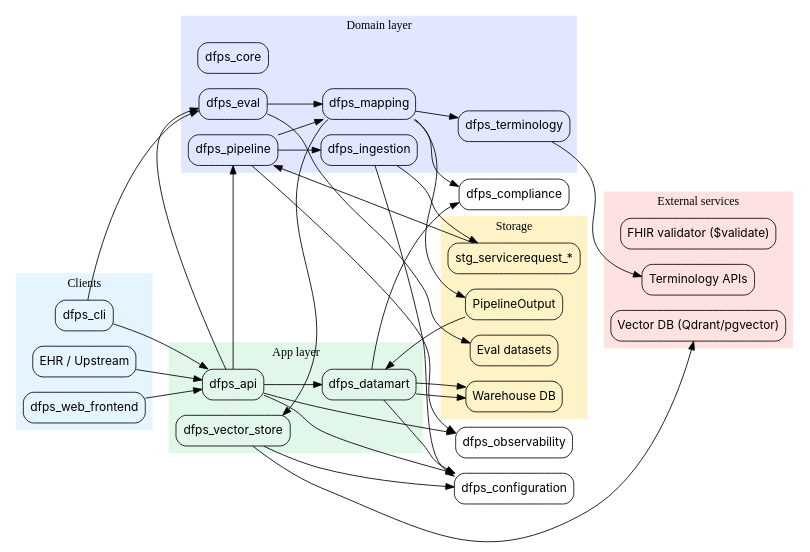
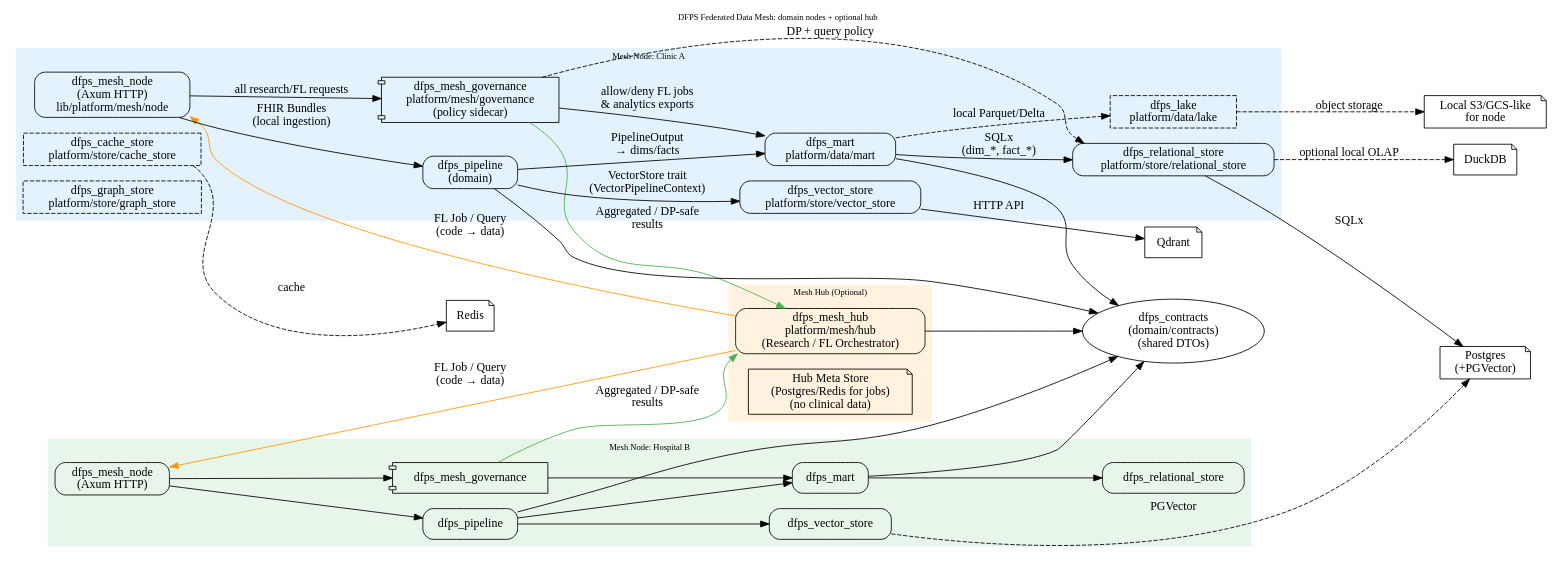
One commit to RefractiveSwan/monobase changed the diagram in docs/system-design/base/current-architecture.dot. Above: the diagram before and after it, drawn with Graphviz. The commit also changed 3 other files, not shown here.

Commit message:
updated the codebase refactor kanban and mesh pipeline kanban

```diff
--- a/docs/system-design/base/current-architecture.dot
+++ b/docs/system-design/base/current-architecture.dot
@@ -1,105 +1,101 @@
-digraph DFPS {
-  rankdir=LR;
-  node [shape=box, style=rounded, fontname="Inter"];
+digraph DFPS_Mesh {
+    rankdir=LR;
+    fontsize=10;
+    labelloc="t";
+    label="DFPS Federated Data Mesh: domain nodes + optional hub";
 
-  subgraph cluster_clients {
-    label="Clients";
-    style=filled;
-    color="#e5f5ff";
-    EHR   [label="EHR / Upstream"];
-    CLI   [label="dfps_cli"];
-    WEB   [label="dfps_web_frontend"];
-  }
+    node [shape=box, style=rounded];
 
-  subgraph cluster_app {
-    label="App layer";
-    style=filled;
-    color="#e0f7e9";
-    API   [label="dfps_api"];
-    DM    [label="dfps_datamart"];
-    VEC   [label="dfps_vector_store"];
-  }
+    // Mesh Hub (optional)
+    subgraph cluster_hub {
+        label="Mesh Hub (Optional)";
+        style=filled;
+        color="#fff3e0";
 
-  subgraph cluster_domain {
-    label="Domain layer";
-    style=filled;
-    color="#e0e7ff";
-    ING   [label="dfps_ingestion"];
-    CORE  [label="dfps_core"];
-    MAP   [label="dfps_mapping"];
-    PIPE  [label="dfps_pipeline"];
-    EVAL  [label="dfps_eval"];
-    TERM  [label="dfps_terminology"];
-  }
+        hub_api   [label="dfps_mesh_hub\nplatform/mesh/hub\n(Research / FL Orchestrator)"];
+        hub_store [label="Hub Meta Store\n(Postgres/Redis for jobs)\n(no clinical data)", shape=note];
+    }
 
-  subgraph cluster_platform {
-    label="Platform";
-    style=dashed;
-    color="#f9a8d4";
-    CFG   [label="dfps_configuration"];
-    COMP  [label="dfps_compliance"];
-    OBS   [label="dfps_observability"];
-  }
+    // Node 1
+    subgraph cluster_node1 {
+        label="Mesh Node: Clinic A";
+        style=filled;
+        color="#e3f2fd";
 
-  subgraph cluster_storage {
-    label="Storage";
-    style=filled;
-    color="#fef3c7";
-    STG   [label="stg_servicerequest_*"];
-    PO    [label="PipelineOutput"];
-    WH    [label="Warehouse DB"];
-    DS    [label="Eval datasets"];
-  }
+        node1_api    [label="dfps_mesh_node\n(Axum HTTP)\nlib/platform/mesh/node"];
+        node1_gov    [label="dfps_mesh_governance\nplatform/mesh/governance\n(policy sidecar)", shape=component];
 
-  subgraph cluster_external {
-    label="External services";
-    style=filled;
-    color="#fee2e2";
-    FHIRV [label="FHIR validator ($validate)"];
-    VDB   [label="Vector DB (Qdrant/pgvector)"];
-    TAPI  [label="Terminology APIs"];
-  }
+        node1_pipeline [label="dfps_pipeline\n(domain)"];
+        node1_mart     [label="dfps_mart\nplatform/data/mart"];
+        node1_rel      [label="dfps_relational_store\nplatform/store/relational_store"];
+        node1_vec      [label="dfps_vector_store\nplatform/store/vector_store"];
+        node1_cache    [label="dfps_cache_store\nplatform/store/cache_store", style=dashed];
+        node1_graph    [label="dfps_graph_store\nplatform/store/graph_store", style=dashed];
+        node1_lake     [label="dfps_lake\nplatform/data/lake", style=dashed];
 
-  // Main path
-  EHR  -> API;
-  WEB  -> API;
-  CLI  -> API;
+        node1_api -> node1_gov    [label="all research/FL requests"];
+        node1_api -> node1_pipeline [label="FHIR Bundles\n(local ingestion)"];
+        node1_pipeline -> node1_mart [label="PipelineOutput\n→ dims/facts"];
+        node1_mart -> node1_rel     [label="SQLx\n(dim_*, fact_*)"];
 
-  API  -> PIPE;
-  PIPE -> ING;
-  ING  -> STG;
-  STG  -> PIPE;
-  PIPE -> MAP;
-  MAP  -> PO;
-  PO   -> DM;
-  DM   -> WH;
+        node1_pipeline -> node1_vec [label="VectorStore trait\n(VectorPipelineContext)"];
+        node1_mart -> node1_lake    [label="local Parquet/Delta", style=dashed];
 
-  // Vector path
-  MAP  -> VEC;
-  VEC  -> VDB;
+        node1_gov -> node1_mart     [label="allow/deny FL jobs\n& analytics exports"];
+        node1_gov -> node1_rel      [label="DP + query policy", style=dashed];
+    }
 
-  // Terminology
-  MAP  -> TERM;
-  TERM -> TAPI;
+    // Node 2 (another domain)
+    subgraph cluster_node2 {
+        label="Mesh Node: Hospital B";
+        style=filled;
+        color="#e8f5e9";
 
-  // Eval
-  CLI  -> EVAL;
-  EVAL -> DS;
-  EVAL -> MAP;
+        node2_api    [label="dfps_mesh_node\n(Axum HTTP)"];
+        node2_gov    [label="dfps_mesh_governance", shape=component];
 
-  // Analytics
-  API  -> DM;
-  DM   -> WH;
-  API  -> EVAL;
+        node2_pipeline [label="dfps_pipeline"];
+        node2_mart     [label="dfps_mart"];
+        node2_rel      [label="dfps_relational_store"];
+        node2_vec      [label="dfps_vector_store"];
 
-  // Cross-cutting
-  {rank=same; CFG; COMP; OBS}
-  API  -> CFG;
-  DM   -> CFG;
-  VEC  -> CFG;
-  ING  -> CFG;
-  MAP  -> COMP;
-  DM   -> COMP;
-  PIPE -> OBS;
-  API  -> OBS;
+        node2_api -> node2_gov;
+        node2_api -> node2_pipeline;
+        node2_pipeline -> node2_mart;
+        node2_mart -> node2_rel;
+        node2_pipeline -> node2_vec;
+        node2_gov -> node2_mart;
+    }
+
+    // Contracts and domain shared types
+    contracts [label="dfps_contracts\n(domain/contracts)\n(shared DTOs)", shape=ellipse];
+
+    node1_pipeline -> contracts;
+    node2_pipeline -> contracts;
+    node1_mart     -> contracts;
+    node2_mart     -> contracts;
+    hub_api        -> contracts;
+
+    // Hub -> Nodes: send FL jobs (code) to nodes
+    hub_api -> node1_api [label="FL Job / Query\n(code → data)", color="#ff9800"];
+    hub_api -> node2_api [label="FL Job / Query\n(code → data)", color="#ff9800"];
+
+    // Nodes -> Hub: send only aggregates
+    node1_gov -> hub_api [label="Aggregated / DP-safe\nresults", color="#4caf50"];
+    node2_gov -> hub_api [label="Aggregated / DP-safe\nresults", color="#4caf50"];
+
+    // External engines per node (not shown exhaustively)
+    qdrant   [label="Qdrant", shape=note];
+    pg       [label="Postgres\n(+PGVector)", shape=note];
+    duckdb   [label="DuckDB", shape=note];
+    redis    [label="Redis", shape=note];
+    s3       [label="Local S3/GCS-like\nfor node", shape=note];
+
+    node1_vec -> qdrant  [label="HTTP API"];
+    node1_rel -> pg      [label="SQLx"];
+    node1_rel -> duckdb  [label="optional local OLAP", style=dashed];
+    node1_cache -> redis [label="cache", style=dashed];
+    node1_lake -> s3     [label="object storage", style=dashed];
+
+    node2_vec -> pg      [label="PGVector", style=dashed];
 }
```
